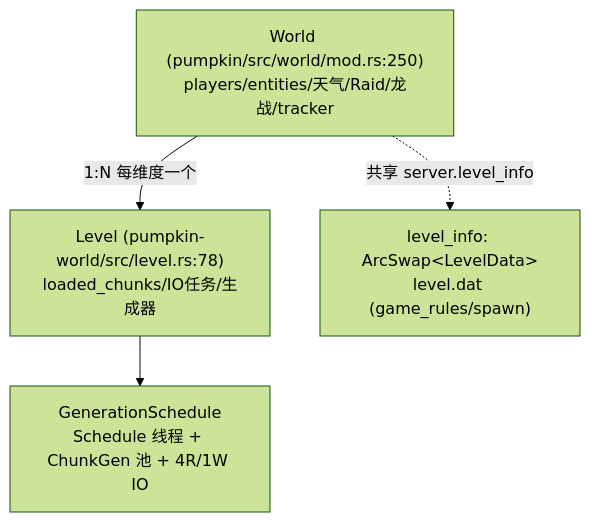
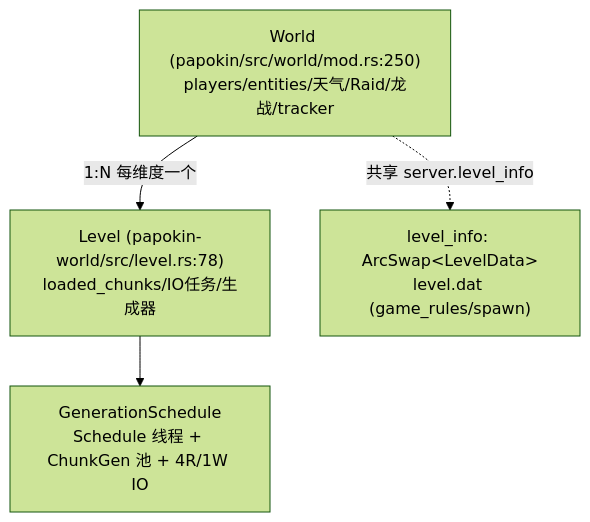
Before and after one commit to Quotidietium/Papokin: the sixth of 8 diagrams in note/04-模块分析.md, drawn with Mermaid (forest theme). The commit also changed other lines of this file and 2 other files, not shown here.

````diff
--- a/note/04-模块分析.md
+++ b/note/04-模块分析.md
@@ -236,10 +224,10 @@
 ```mermaid
 graph TD
-    W["World (pumpkin/src/world/mod.rs:250)<br/>players/entities/天气/Raid/龙战/tracker"]
-    L["Level (pumpkin-world/src/level.rs:78)<br/>loaded_chunks/IO任务/生成器"]
+    W["World (papokin/src/world/mod.rs:250)<br/>players/entities/天气/Raid/龙战/tracker"]
+    L["Level (papokin-world/src/level.rs:78)<br/>loaded_chunks/IO任务/生成器"]
     LI["level_info: ArcSwap&lt;LevelData&gt;<br/>level.dat (game_rules/spawn)"]
     GEN["GenerationSchedule<br/>Schedule 线程 + ChunkGen 池 + 4R/1W IO"]
     W -->|"1:N 每维度一个"| L
     L --> GEN
     W -.->|"共享 server.level_info"| LI
 ```
````
